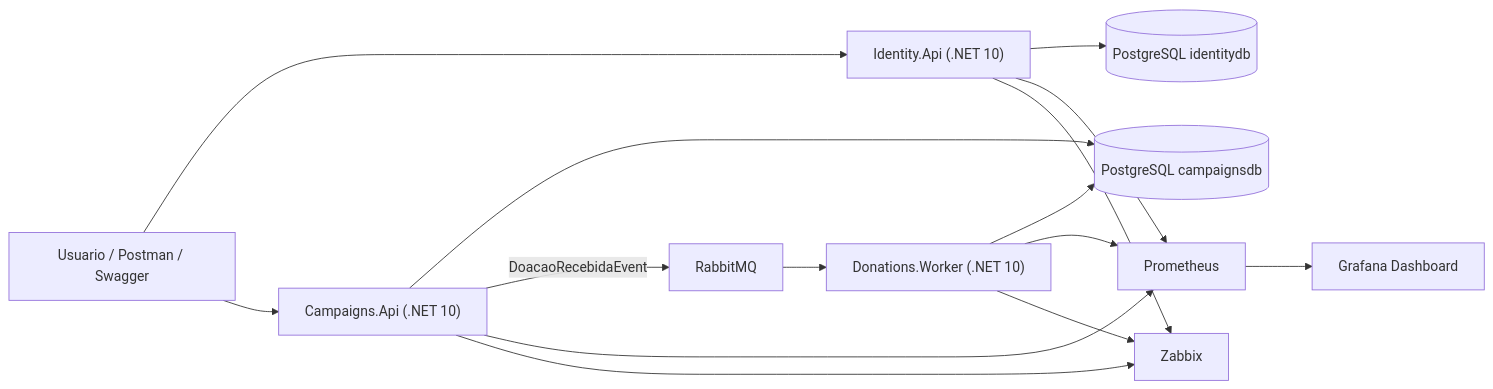
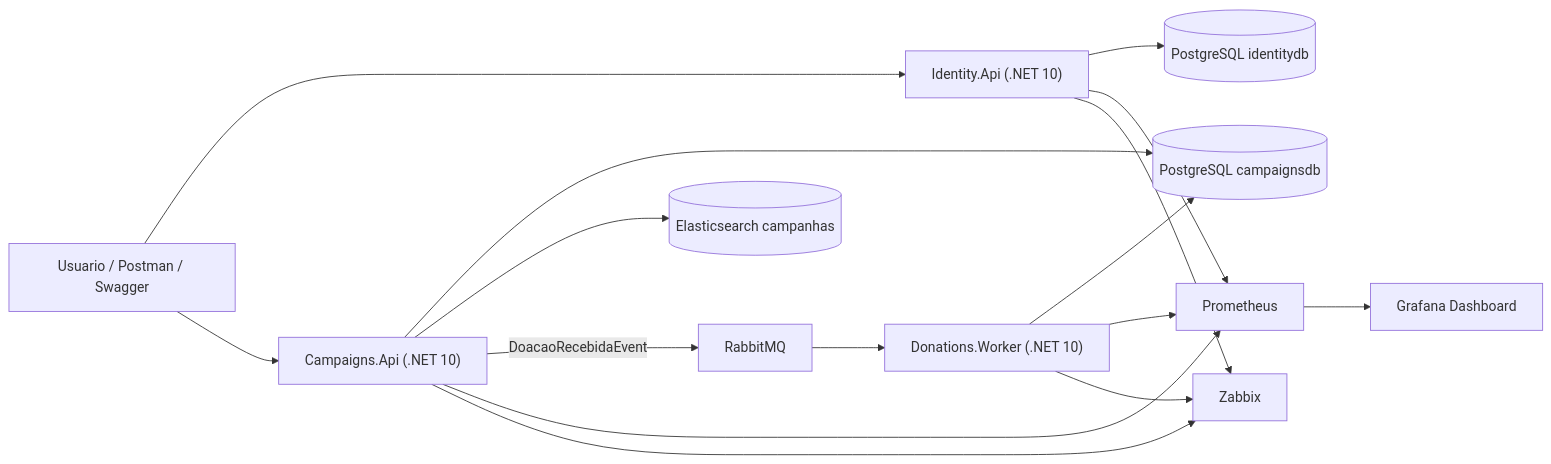
The diagram in docs/arquitetura.md (fenixdevsreborn/Fase5-POC-Hackathon), drawn with Mermaid before and after one commit. The commit also changed other lines of this file and 16 other files, not shown here.

````diff
--- a/docs/arquitetura.md
+++ b/docs/arquitetura.md
@@ -3,21 +3,22 @@
 ```mermaid
 flowchart LR
     U["Usuario / Postman / Swagger"] --> I["Identity.Api (.NET 10)"]
     U --> C["Campaigns.Api (.NET 10)"]
 
     I --> IDB[("PostgreSQL identitydb")]
     C --> CDB[("PostgreSQL campaignsdb")]
+    C --> E[("Elasticsearch campanhas")]
 
     C -- "DoacaoRecebidaEvent" --> R["RabbitMQ"]
     R --> W["Donations.Worker (.NET 10)"]
     W --> CDB
 
     I --> P["Prometheus"]
     C --> P
     W --> P
     P --> G["Grafana Dashboard"]
 
     I --> Z["Zabbix"]
     C --> Z
     W --> Z
 ```
````
